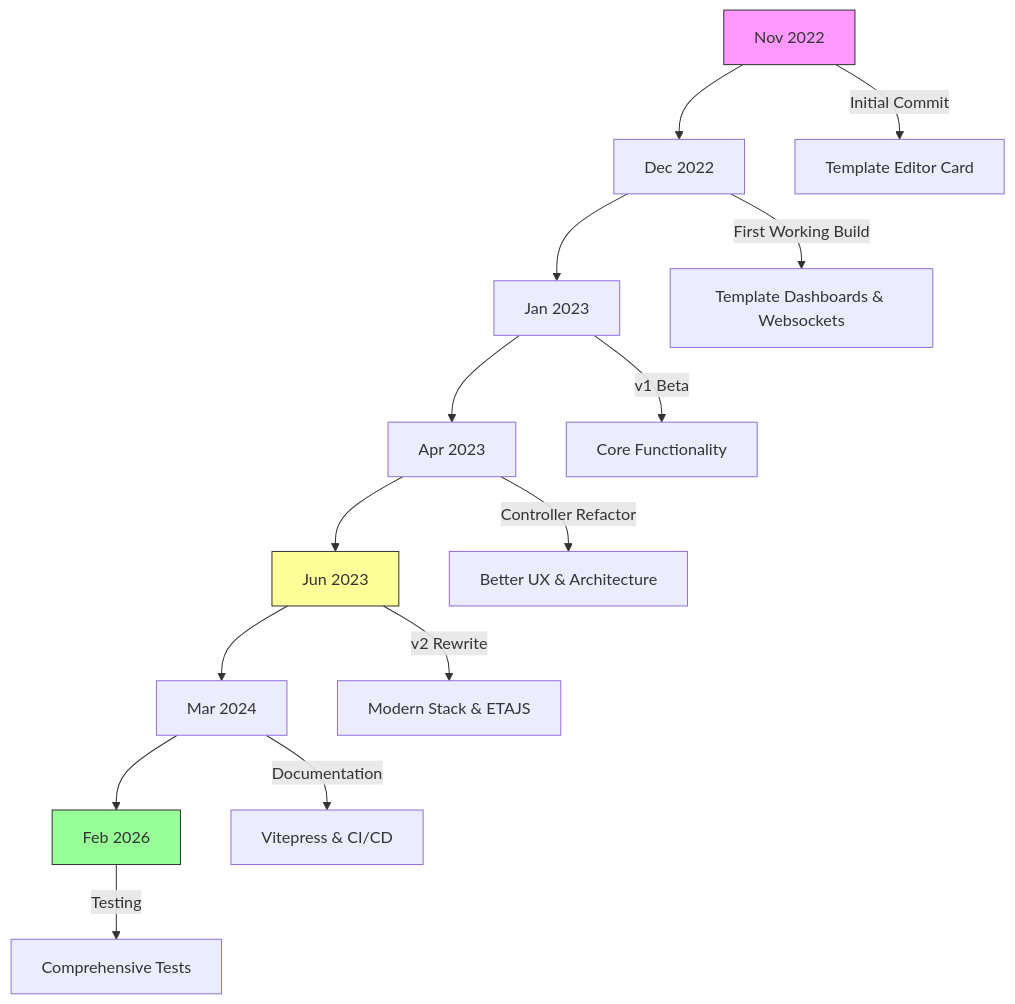
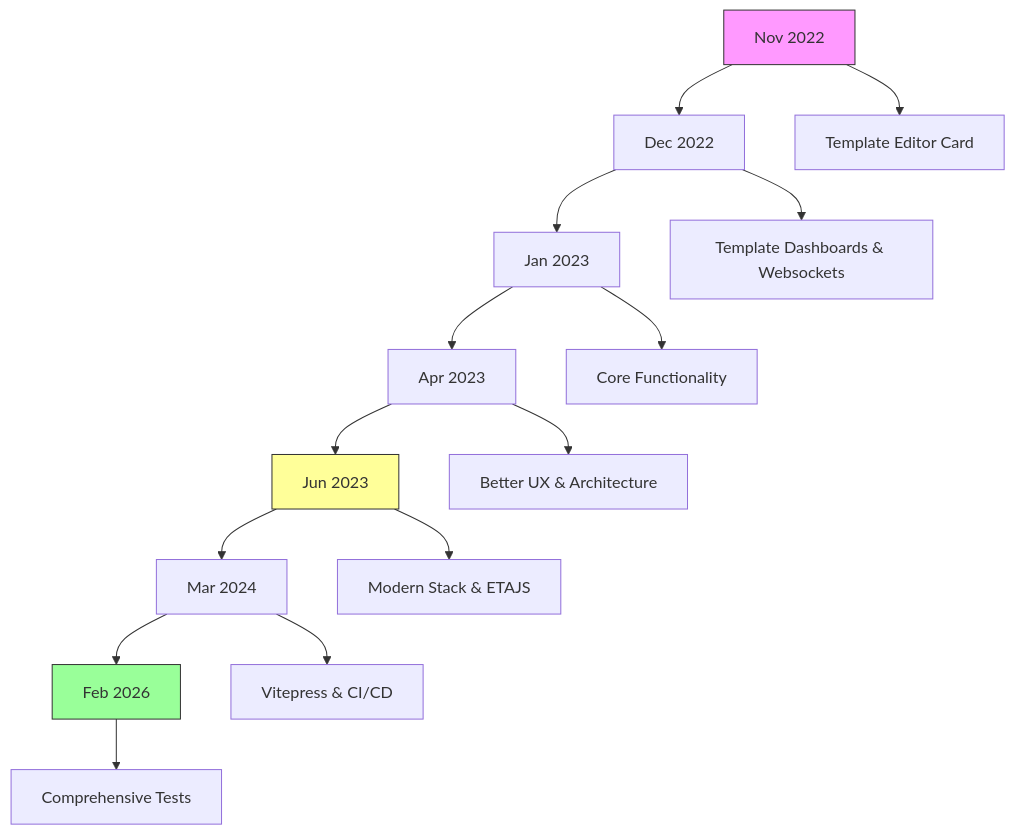
Before and after one commit to daredoes/linked-lovelace-ui: the first of 19 diagrams in docs_site/project-history.md, drawn with Mermaid. The commit also changed other lines of this file and 1 other file, not shown here.

First line of the commit message:
Fix all Mermaid diagram syntax errors for v11.12.3 compatibility

````diff
--- a/docs_site/project-history.md
+++ b/docs_site/project-history.md
@@ -13,21 +13,21 @@
 ```mermaid
 graph TD
     A[Nov 2022] --> B[Dec 2022]
     B --> C[Jan 2023]
     C --> D[Apr 2023]
     D --> E[Jun 2023]
     E --> F[Mar 2024]
     F --> G[Feb 2026]
     
-    A -->|Initial Commit| B1[Template Editor Card]
-    B -->|First Working Build| B2[Template Dashboards & Websockets]
-    C -->|v1 Beta| C1[Core Functionality]
-    D -->|Controller Refactor| D1[Better UX & Architecture]
-    E -->|v2 Rewrite| E1[Modern Stack & ETAJS]
-    F -->|Documentation| F1[Vitepress & CI/CD]
-    G -->|Testing| G1[Comprehensive Tests]
+    A --> A1[Template Editor Card]
+    B --> B2[Template Dashboards & Websockets]
+    C --> C1[Core Functionality]
+    D --> D1[Better UX & Architecture]
+    E --> E1[Modern Stack & ETAJS]
+    F --> F1[Vitepress & CI/CD]
+    G --> G1[Comprehensive Tests]
     
     style A fill:#f9f,stroke:#333
     style E fill:#ff9,stroke:#333
     style G fill:#9f9,stroke:#333
 ```
````
